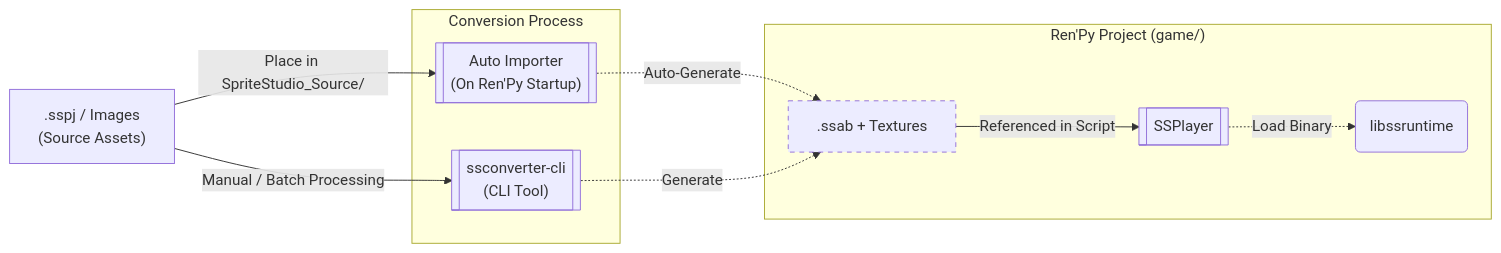
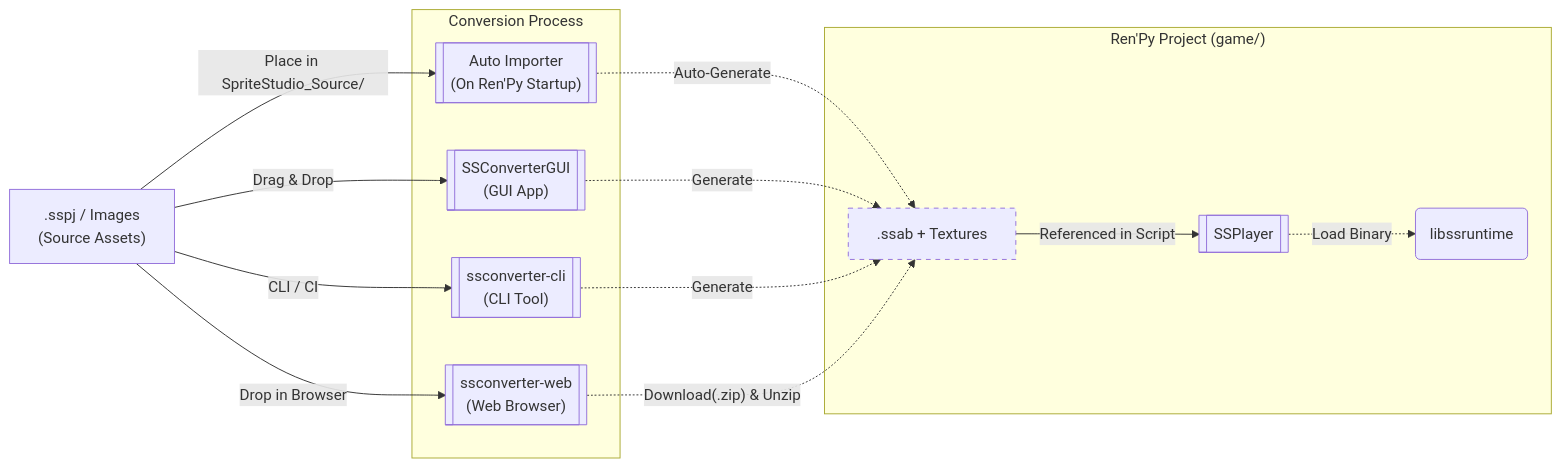
The diagram in docs/import.md (cri-middleware/SSPlayerForRenPy), drawn with Mermaid before and after one commit. The commit also changed other lines of this file and 3 other files, not shown here.

Commit message:
docs: align language switch links with sister repos and clarify ssconverter-web zip output

````diff
--- a/docs/import.md
+++ b/docs/import.md
@@ -5,26 +5,32 @@
 ```mermaid
 graph LR
     SS[" .sspj / Images<br>(Source Assets) "]
 
     subgraph Convert ["Conversion Process"]
         AUTO[[" Auto Importer<br>(On Ren'Py Startup) "]]
+        GUI[[" SSConverterGUI<br>(GUI App) "]]
         CLI[[" ssconverter-cli<br>(CLI Tool) "]]
+        WEB[[" ssconverter-web<br>(Web Browser) "]]
     end
 
     subgraph RenPy ["Ren'Py Project (game/)"]
         BIN[" .ssab + Textures "]
         NODE[[ SSPlayer ]]
         RT(" libssruntime ")
     end
 
     SS -- "Place in SpriteStudio_Source/" --> AUTO
-    SS -- "Manual / Batch Processing" --> CLI
+    SS -- "Drag & Drop" --> GUI
+    SS -- "CLI / CI" --> CLI
+    SS -- "Drop in Browser" --> WEB
     AUTO -. "Auto-Generate" .-> BIN
+    GUI -. "Generate" .-> BIN
     CLI -. "Generate" .-> BIN
+    WEB -. "Download(.zip) & Unzip" .-> BIN
     
     BIN -- "Referenced in Script" --> NODE
     NODE -. "Load Binary" .-> RT
 
     classDef generated stroke-dasharray: 5 5;
     class BIN generated;
 ```
````
